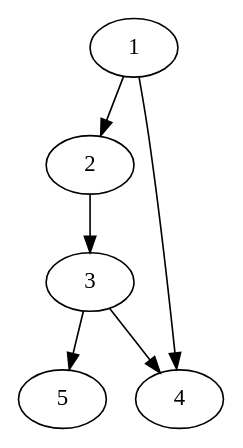
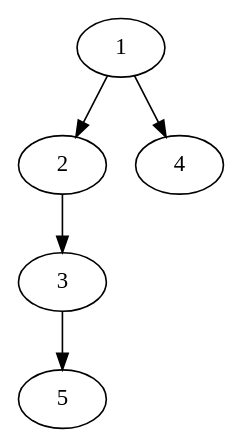
The diagram in src/systemtest/resources/mapFiles/request_map.dot (albertgreaca/emergency-management-group), drawn with Graphviz before and after one commit. The commit also changed 3 other files, not shown here.

```diff
--- a/src/systemtest/resources/mapFiles/request_map.dot
+++ b/src/systemtest/resources/mapFiles/request_map.dot
@@ -1,12 +1,11 @@
 digraph Requester {
 1;
 2;
 3;
 4;
 5;
 1->2[village=Village; name=OneTwo; heightLimit=10; weight = 10; primaryType=mainStreet; secondaryType=none;];
 2->3[village=Village; name=TwoThree; heightLimit=10; weight = 10; primaryType=mainStreet; secondaryType=none;];
 1->4[village=Village; name=OneFour; heightLimit=10; weight = 10; primaryType=mainStreet; secondaryType=none;];
-3->4[village=Village; name=ThreeFour; heightLimit=10; weight = 10; primaryType=sideStreet; secondaryType=none;];
 3->5[village=Saarbruecken; name=ThreeFive; heightLimit=10; weight = 10; primaryType=sideStreet; secondaryType=none;];
 }
```
